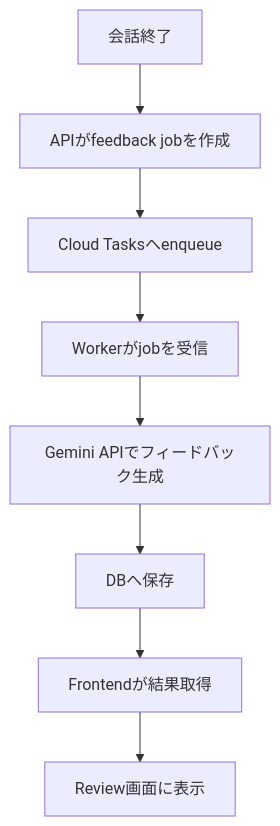
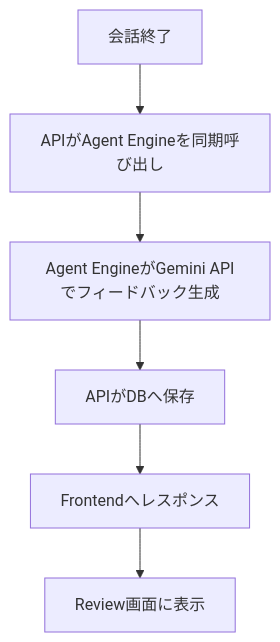
One commit to tasugiya/real_conversation_agents changed the fifth of 7 diagrams in docs/BASIC_DESIGN.md. Above: the diagram before and after it, drawn with Mermaid. The commit also changed other lines of this file, not shown here.

````diff
--- a/docs/BASIC_DESIGN.md
+++ b/docs/BASIC_DESIGN.md
@@ -457,10 +453,8 @@
 ```mermaid
 flowchart TD
-    A[会話終了] --> B[APIがfeedback jobを作成]
-    B --> C[Cloud Tasksへenqueue]
-    C --> D[Workerがjobを受信]
-    D --> E[Gemini APIでフィードバック生成]
-    E --> F[DBへ保存]
-    F --> G[Frontendが結果取得]
-    G --> H[Review画面に表示]
+    A[会話終了] --> B[APIがAgent Engineを同期呼び出し]
+    B --> C[Agent EngineがGemini APIでフィードバック生成]
+    C --> D[APIがDBへ保存]
+    D --> E[Frontendへレスポンス]
+    E --> F[Review画面に表示]
 ```
````
